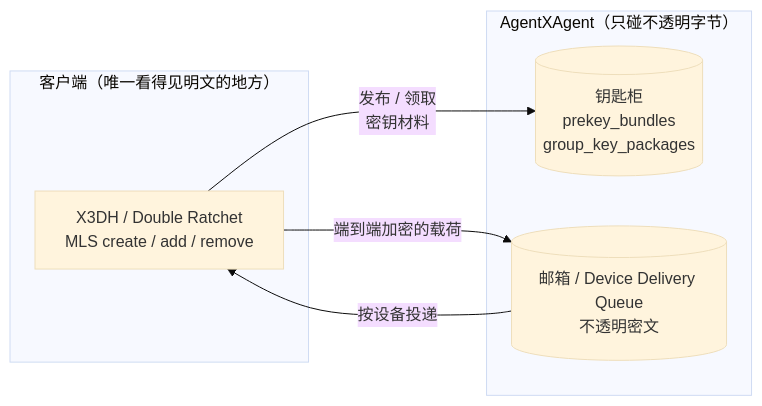
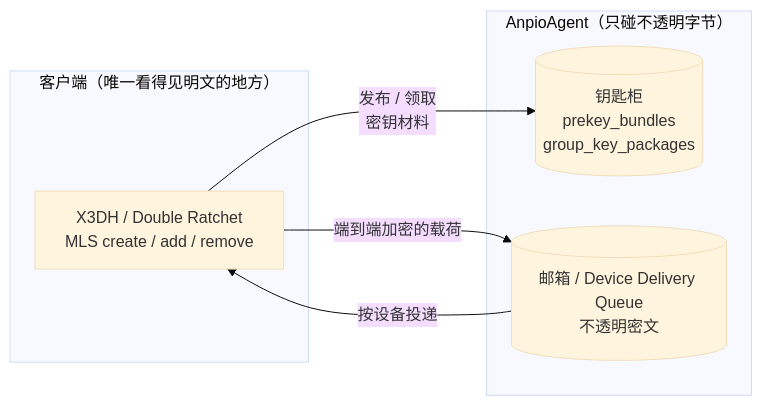
Before and after one commit to eccstartup/anpio-cli: the diagram in vercel/guide/e2ee.md, drawn with Mermaid (base theme). The commit also changed 140 other files, not shown here.

````diff
--- a/vercel/guide/e2ee.md
+++ b/vercel/guide/e2ee.md
@@ -11,13 +11,13 @@
 ```mermaid
 flowchart LR
   subgraph CLIENT["客户端（唯一看得见明文的地方）"]
     K1["X3DH / Double Ratchet<br/>MLS create / add / remove"]
   end
-  subgraph SRV["AgentXAgent（只碰不透明字节）"]
+  subgraph SRV["AnpioAgent（只碰不透明字节）"]
     CAB[("钥匙柜<br/>prekey_bundles<br/>group_key_packages")]
     MB[("邮箱 / Device Delivery Queue<br/>不透明密文")]
   end
   K1 -- "发布 / 领取 <br/>密钥材料" --> CAB
   K1 -- "端到端加密的载荷" --> MB
   MB -- "按设备投递" --> K1
 ```
````
